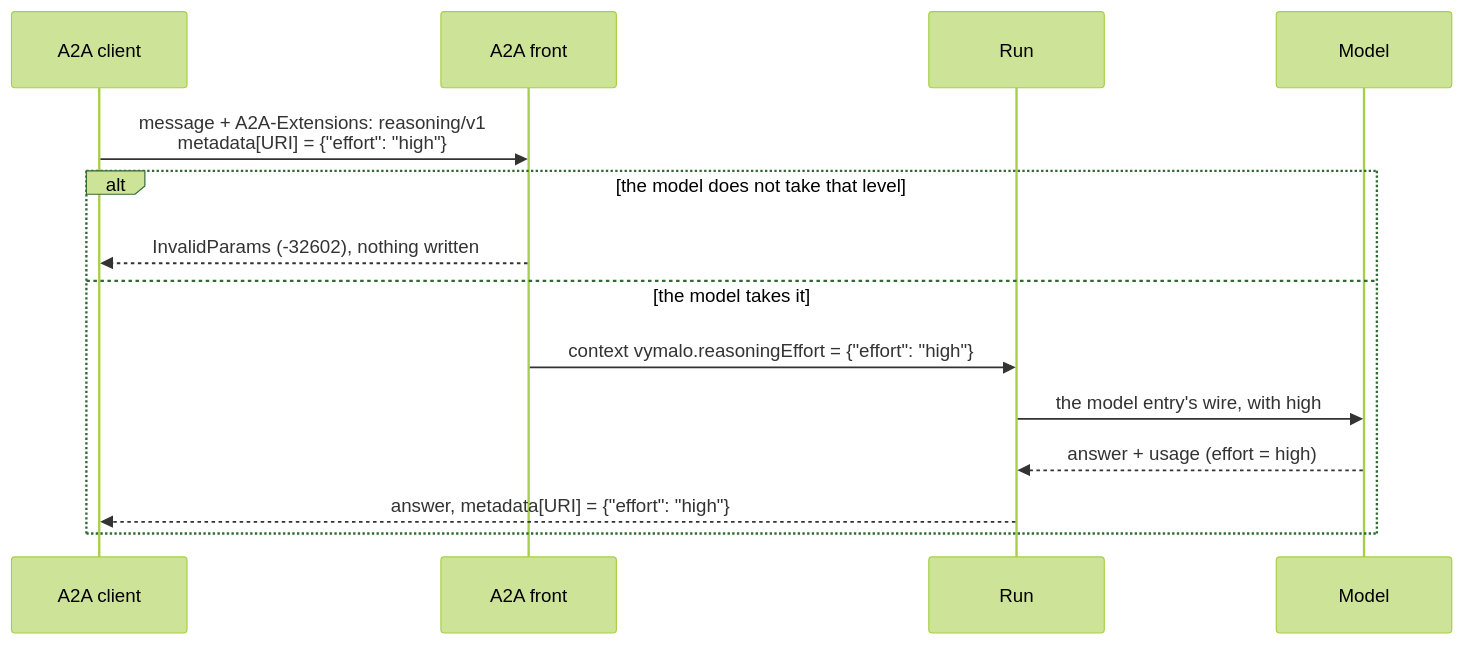
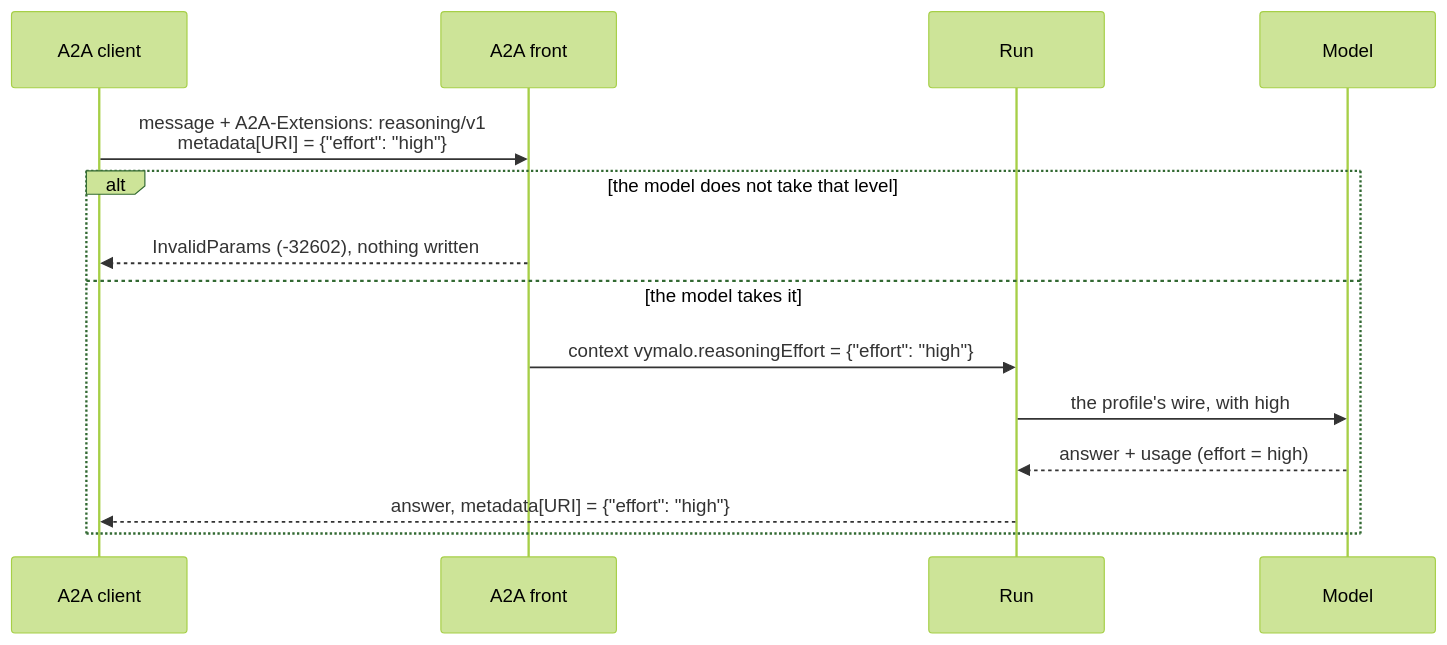
One commit to vymalo/another-adam-rs changed the second of 2 diagrams in docs/decisions/0063-a-reasoning-effort-is-one-setting.md. Above: the diagram before and after it, drawn with Mermaid (forest theme). The commit also changed other lines of this file and 2 other files, not shown here.

Commit message:
docs(decisions): the reasoning fields are the model profile's (ADR 0063)

````diff
--- a/docs/decisions/0063-a-reasoning-effort-is-one-setting.md
+++ b/docs/decisions/0063-a-reasoning-effort-is-one-setting.md
@@ -161,16 +177,16 @@
 ```mermaid
 sequenceDiagram
     participant C as A2A client
     participant F as A2A front
     participant R as Run
     participant M as Model
     C->>F: message + A2A-Extensions: reasoning/v1<br/>metadata[URI] = {"effort": "high"}
     alt the model does not take that level
         F-->>C: InvalidParams (-32602), nothing written
     else the model takes it
         F->>R: context vymalo.reasoningEffort = {"effort": "high"}
-        R->>M: the model entry's wire, with high
+        R->>M: the profile's wire, with high
         M-->>R: answer + usage (effort = high)
         R-->>C: answer, metadata[URI] = {"effort": "high"}
     end
 ```
````
